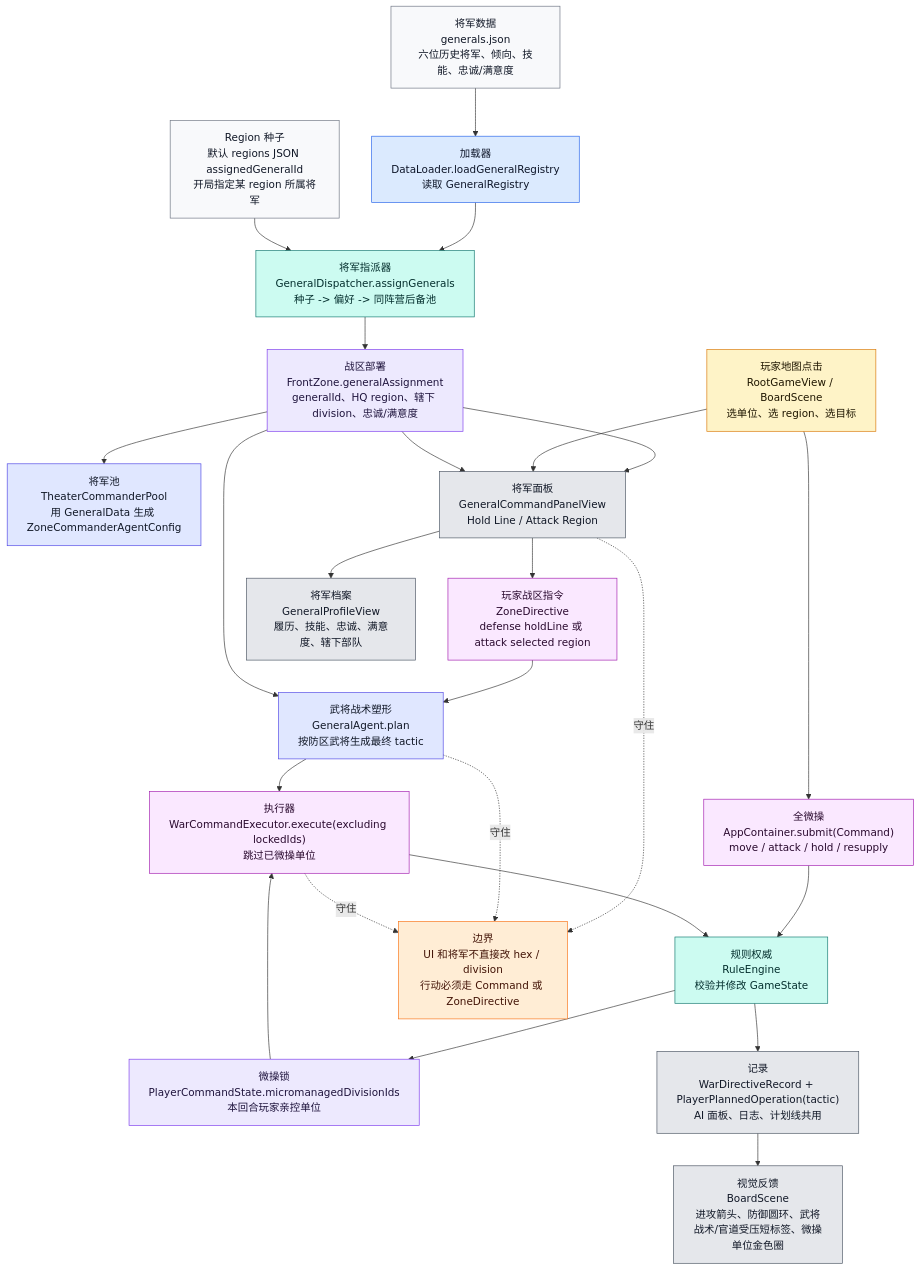
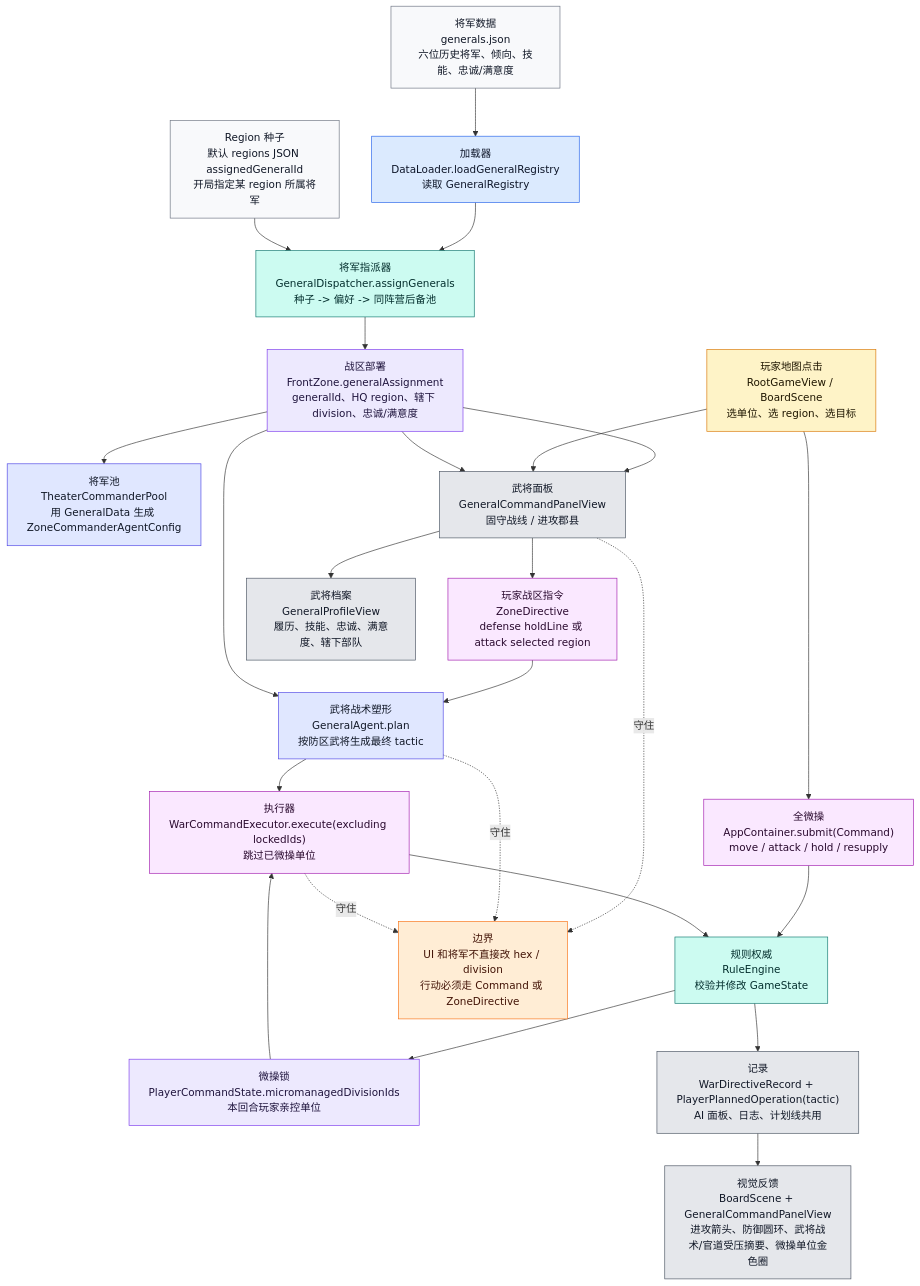
Before and after one commit to Altman-sam114/121: the eighth of 9 diagrams in md/flow/flowchart.md, drawn with Mermaid. The commit also changed other lines of this file and 8 other files, not shown here.

````diff
--- a/md/flow/flowchart.md
+++ b/md/flow/flowchart.md
@@ -508,45 +508,45 @@
 ```mermaid
 flowchart TD
     GJSON["将军数据<br/>generals.json<br/>六位历史将军、倾向、技能、忠诚/满意度"]:::data
     RJSON["Region 种子<br/>默认 regions JSON assignedGeneralId<br/>开局指定某 region 所属将军"]:::data
     DL["加载器<br/>DataLoader.loadGeneralRegistry<br/>读取 GeneralRegistry"]:::loader
     DISP["将军指派器<br/>GeneralDispatcher.assignGenerals<br/>种子 -> 偏好 -> 同阵营后备池"]:::rules
     FZ["战区部署<br/>FrontZone.generalAssignment<br/>generalId、HQ region、辖下 division、忠诚/满意度"]:::state
     POOL["将军池<br/>TheaterCommanderPool<br/>用 GeneralData 生成 ZoneCommanderAgentConfig"]:::ai
 
     TAP["玩家地图点击<br/>RootGameView / BoardScene<br/>选单位、选 region、选目标"]:::input
     MICRO["全微操<br/>AppContainer.submit(Command)<br/>move / attack / hold / resupply"]:::command
     LOCK["微操锁<br/>PlayerCommandState.micromanagedDivisionIds<br/>本回合玩家亲控单位"]:::state
-    GENUI["将军面板<br/>GeneralCommandPanelView<br/>Hold Line / Attack Region"]:::ui
+    GENUI["武将面板<br/>GeneralCommandPanelView<br/>固守战线 / 进攻郡县"]:::ui
     ZD["玩家战区指令<br/>ZoneDirective<br/>defense holdLine 或 attack selected region"]:::command
     GENA["武将战术塑形<br/>GeneralAgent.plan<br/>按防区武将生成最终 tactic"]:::ai
     WCE["执行器<br/>WarCommandExecutor.execute(excluding lockedIds)<br/>跳过已微操单位"]:::command
     RE["规则权威<br/>RuleEngine<br/>校验并修改 GameState"]:::rules
     RECORD["记录<br/>WarDirectiveRecord + PlayerPlannedOperation(tactic)<br/>AI 面板、日志、计划线共用"]:::ui
-    BOARD["视觉反馈<br/>BoardScene<br/>进攻箭头、防御圆环、武将战术/官道受压短标签、微操单位金色圈"]:::ui
-    PROFILE["将军档案<br/>GeneralProfileView<br/>履历、技能、忠诚、满意度、辖下部队"]:::ui
+    BOARD["视觉反馈<br/>BoardScene + GeneralCommandPanelView<br/>进攻箭头、防御圆环、武将战术/官道受压摘要、微操单位金色圈"]:::ui
+    PROFILE["武将档案<br/>GeneralProfileView<br/>履历、技能、忠诚、满意度、辖下部队"]:::ui
 
     GJSON --> DL --> DISP
     RJSON --> DISP --> FZ --> POOL
     FZ --> GENUI --> PROFILE
     TAP --> MICRO --> RE --> LOCK
     LOCK --> WCE
     TAP --> GENUI --> ZD --> GENA --> WCE --> RE --> RECORD --> BOARD
     FZ --> GENUI
     FZ --> GENA
 
     WARN["边界<br/>UI 和将军不直接改 hex / division<br/>行动必须走 Command 或 ZoneDirective"]:::warn
     GENUI -.守住.-> WARN
     GENA -.守住.-> WARN
     WCE -.守住.-> WARN
 
     classDef data fill:#f8f9fb,stroke:#6b7280,color:#111827
     classDef loader fill:#dbeafe,stroke:#2563eb,color:#0f172a
     classDef state fill:#ede9fe,stroke:#7c3aed,color:#1f143d
     classDef ai fill:#e0e7ff,stroke:#4f46e5,color:#111827
     classDef input fill:#fef3c7,stroke:#d97706,color:#1f1600
     classDef command fill:#fae8ff,stroke:#a21caf,color:#2a0a2f
     classDef rules fill:#ccfbf1,stroke:#0f766e,color:#042f2e
     classDef ui fill:#e5e7eb,stroke:#4b5563,color:#111827
     classDef warn fill:#ffedd5,stroke:#f97316,color:#431407
 ```
````
